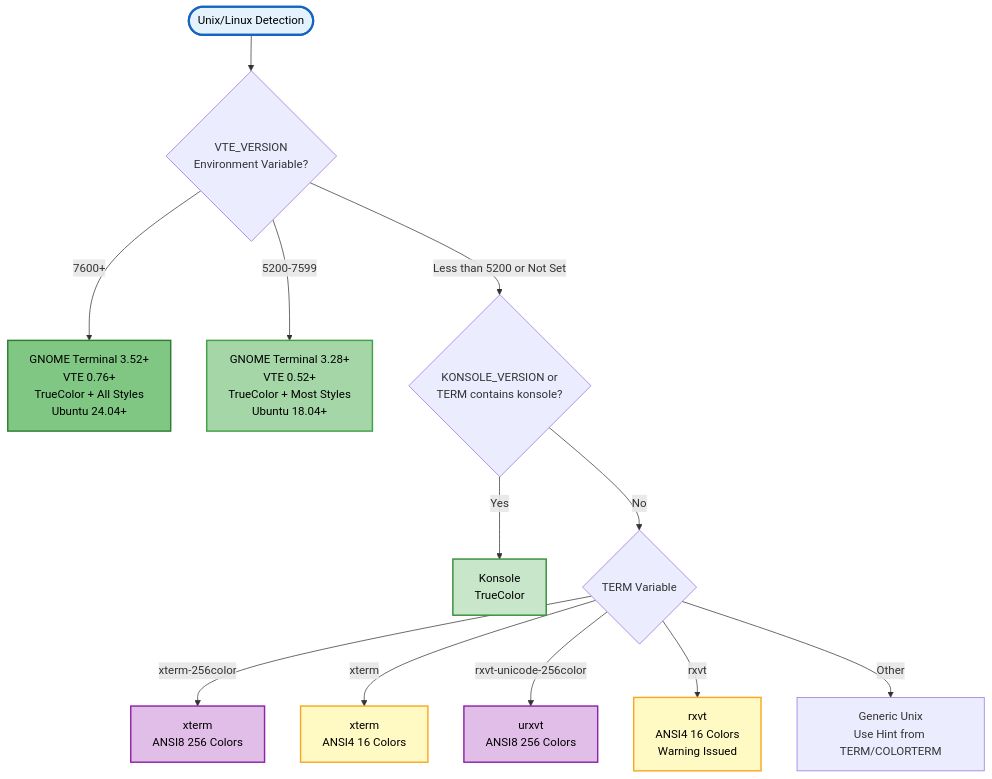
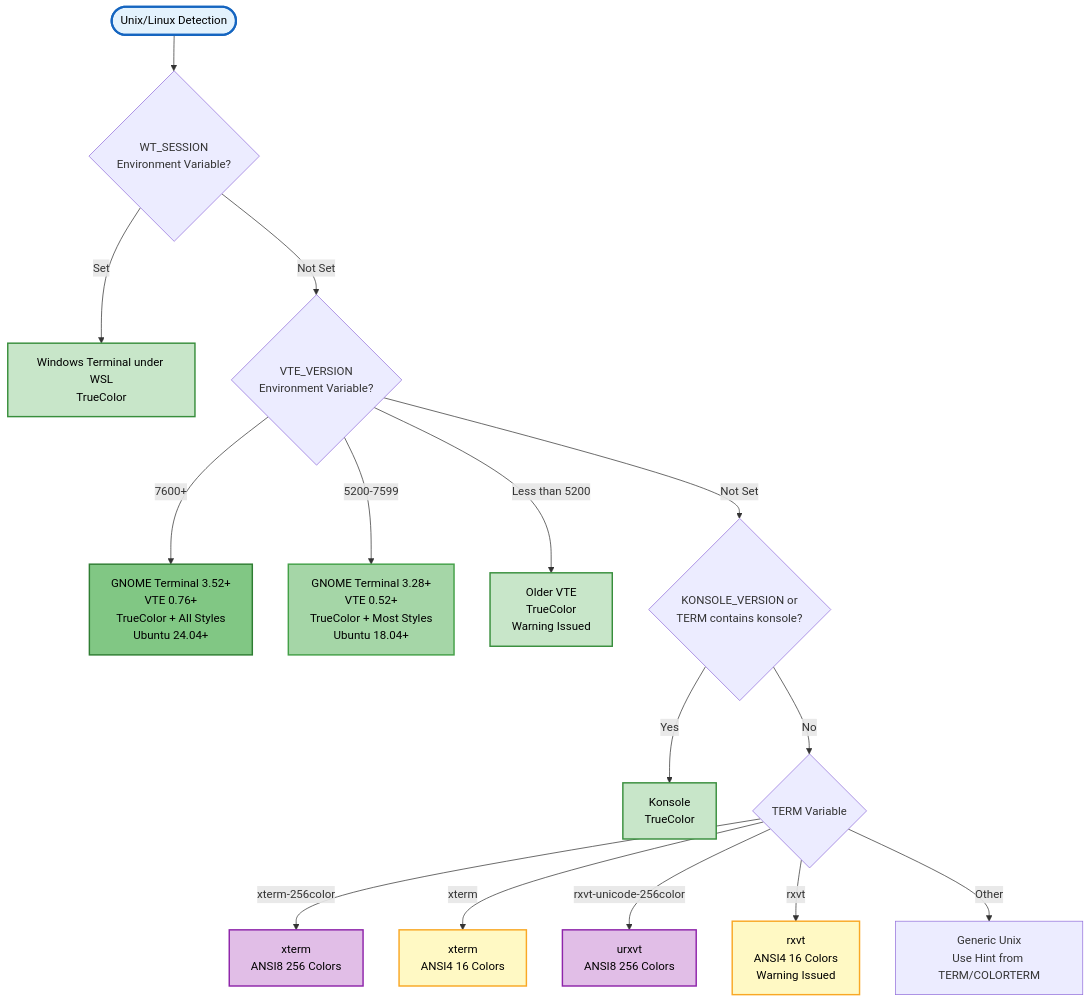
The third of 6 diagrams in Docs/Public/Test-AnsiSupport.md (MarkusMcNugen/PSWriteColorEX), drawn with Mermaid before and after one commit. The commit also changed other lines of this file and 10 other files, not shown here.

````diff
--- a/Docs/Public/Test-AnsiSupport.md
+++ b/Docs/Public/Test-AnsiSupport.md
@@ -273,26 +277,32 @@
 ```mermaid
 graph TD
-    UnixStart([Unix/Linux Detection]) --> CheckVTE{VTE_VERSION<br/>Environment Variable?}
+    UnixStart([Unix/Linux Detection]) --> CheckWSL{WT_SESSION<br/>Environment Variable?}
+
+    CheckWSL -->|Set| WSLTerminal[Windows Terminal under WSL<br/>TrueColor]
+    CheckWSL -->|Not Set| CheckVTE{VTE_VERSION<br/>Environment Variable?}
 
     CheckVTE -->|7600+| Gnome352[GNOME Terminal 3.52+<br/>VTE 0.76+<br/>TrueColor + All Styles<br/>Ubuntu 24.04+]
     CheckVTE -->|5200-7599| Gnome328[GNOME Terminal 3.28+<br/>VTE 0.52+<br/>TrueColor + Most Styles<br/>Ubuntu 18.04+]
-    CheckVTE -->|Less than 5200 or Not Set| CheckKonsole{KONSOLE_VERSION or<br/>TERM contains konsole?}
+    CheckVTE -->|Less than 5200| OldVTE[Older VTE<br/>TrueColor<br/>Warning Issued]
+    CheckVTE -->|Not Set| CheckKonsole{KONSOLE_VERSION or<br/>TERM contains konsole?}
 
     CheckKonsole -->|Yes| KonsoleTC[Konsole<br/>TrueColor]
     CheckKonsole -->|No| CheckXterm{TERM Variable}
 
     CheckXterm -->|xterm-256color| Xterm256[xterm<br/>ANSI8 256 Colors]
     CheckXterm -->|xterm| XtermBasic[xterm<br/>ANSI4 16 Colors]
     CheckXterm -->|rxvt-unicode-256color| Urxvt256[urxvt<br/>ANSI8 256 Colors]
     CheckXterm -->|rxvt| RxvtBasic[rxvt<br/>ANSI4 16 Colors<br/>Warning Issued]
     CheckXterm -->|Other| UnixGeneric[Generic Unix<br/>Use Hint from TERM/COLORTERM]
 
     style UnixStart fill:#e3f2fd,stroke:#1565c0,stroke-width:3px,color:#000
+    style WSLTerminal fill:#c8e6c9,stroke:#388e3c,stroke-width:2px,color:#000
+    style OldVTE fill:#c8e6c9,stroke:#388e3c,stroke-width:2px,color:#000
     style Gnome352 fill:#81c784,stroke:#2e7d32,stroke-width:2px,color:#000
     style Gnome328 fill:#a5d6a7,stroke:#43a047,stroke-width:2px,color:#000
     style KonsoleTC fill:#c8e6c9,stroke:#388e3c,stroke-width:2px,color:#000
     style Xterm256 fill:#e1bee7,stroke:#8e24aa,stroke-width:2px,color:#000
     style Urxvt256 fill:#e1bee7,stroke:#8e24aa,stroke-width:2px,color:#000
     style XtermBasic fill:#fff9c4,stroke:#f9a825,stroke-width:2px,color:#000
     style RxvtBasic fill:#fff9c4,stroke:#f9a825,stroke-width:2px,color:#000
 ```
````
